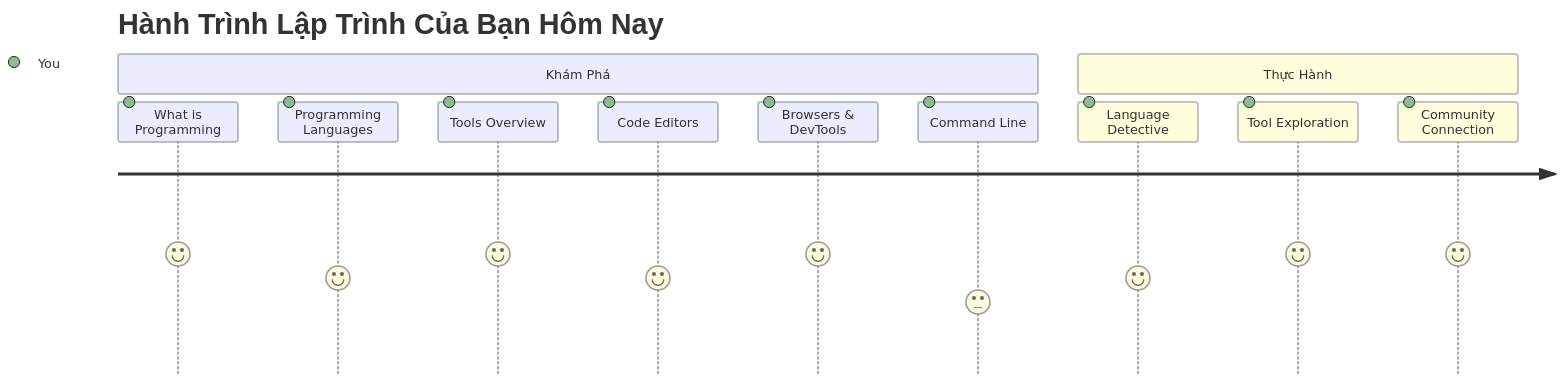
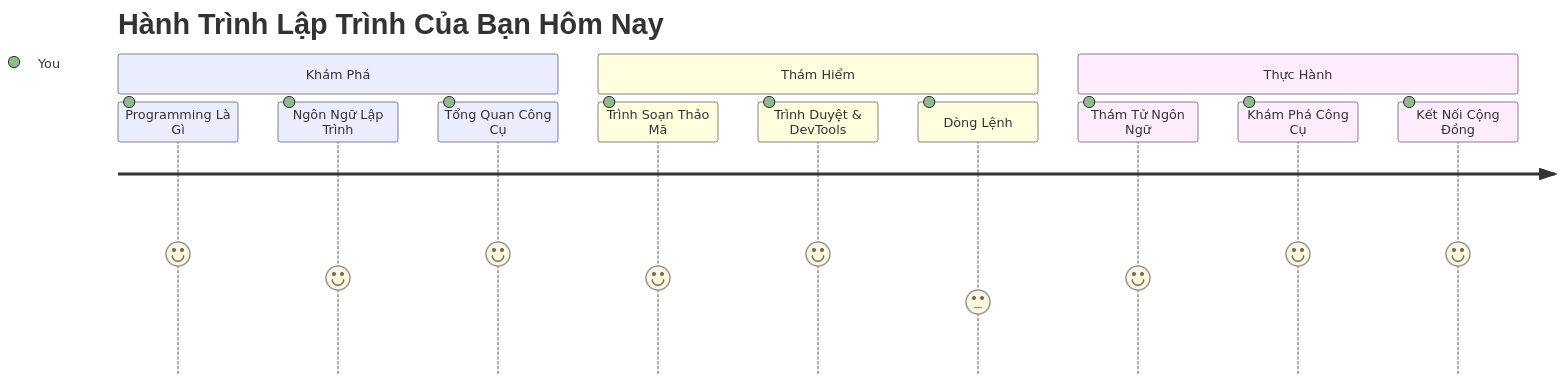
One commit to microsoft/Web-Dev-For-Beginners changed the first of 7 diagrams in translations/vi/1-getting-started-lessons/1-intro-to-programming-languages/README.md. Above: the diagram before and after it, drawn with Mermaid. The commit also changed other lines of this file and 8 other files, not shown here.

````diff
--- a/translations/vi/1-getting-started-lessons/1-intro-to-programming-languages/README.md
+++ b/translations/vi/1-getting-started-lessons/1-intro-to-programming-languages/README.md
@@ -14,16 +14,16 @@
 ```mermaid
 journey
     title Hành Trình Lập Trình Của Bạn Hôm Nay
     section Khám Phá
-      What is Programming: 5: You
-      Programming Languages: 4: You
-      Tools Overview: 5: You
-    section Khám Phá
-      Code Editors: 4: You
-      Browsers & DevTools: 5: You
-      Command Line: 3: You
+      Programming Là Gì: 5: You
+      Ngôn Ngữ Lập Trình: 4: You
+      Tổng Quan Công Cụ: 5: You
+    section Thám Hiểm
+      Trình Soạn Thảo Mã: 4: You
+      Trình Duyệt & DevTools: 5: You
+      Dòng Lệnh: 3: You
     section Thực Hành
-      Language Detective: 4: You
-      Tool Exploration: 5: You
-      Community Connection: 5: You
+      Thám Tử Ngôn Ngữ: 4: You
+      Khám Phá Công Cụ: 5: You
+      Kết Nối Cộng Đồng: 5: You
 ```
````
